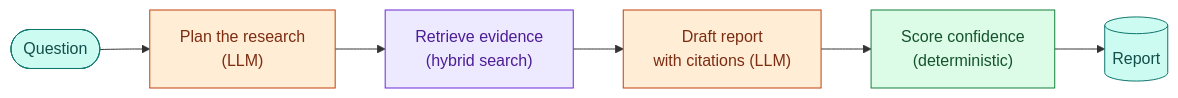
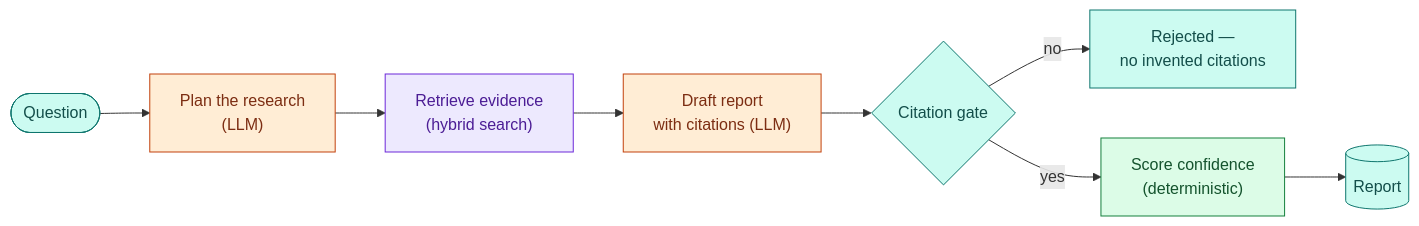
Before and after one commit to Sri-Krishna-V/argus: the third of 3 diagrams in README.md, drawn with Mermaid. The commit also changed other lines of this file, not shown here.

Commit message:
Enhance README.md: Expand project overview, architecture details, and engineering highlights

````diff
--- a/README.md
+++ b/README.md
@@ -58,16 +185,20 @@
 ```mermaid
 flowchart LR
     q(["Question"]):::investigations
     plan["Plan the research\n(LLM)"]:::agentruntime
     retrieve["Retrieve evidence\n(hybrid search)"]:::research
     draft["Draft report\nwith citations (LLM)"]:::agentruntime
+    gate{"Citation gate"}:::investigations
+    reject["Rejected —\nno invented citations"]:::investigations
     score["Score confidence\n(deterministic)"]:::knowledge
     report[("Report")]:::investigations
 
-    q --> plan --> retrieve --> draft --> score --> report
+    q --> plan --> retrieve --> draft --> gate
+    gate -->|no| reject
+    gate -->|yes| score --> report
 
     classDef investigations fill:#ccfbf1,stroke:#0f766e,color:#134e4a;
     classDef agentruntime fill:#ffedd5,stroke:#c2410c,color:#7c2d12;
     classDef research fill:#ede9fe,stroke:#6d28d9,color:#4c1d95;
     classDef knowledge fill:#dcfce7,stroke:#15803d,color:#14532d;
 ```
````
